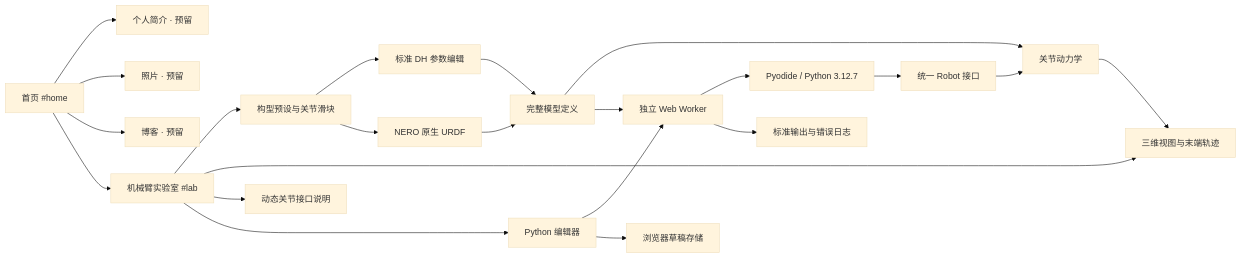
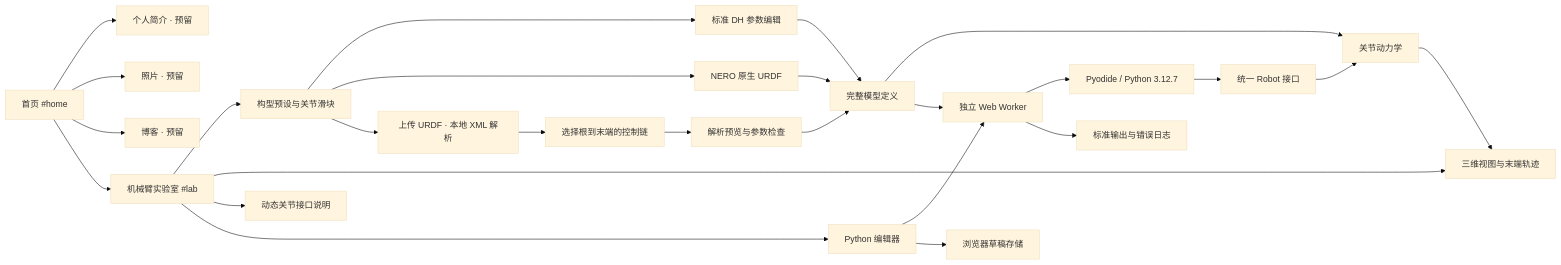
One commit to wxyanxw/yann-site changed the diagram in ARCHITECTURE.md. Above: the diagram before and after it, drawn with Mermaid (base theme). The commit also changed other lines of this file and 17 other files, not shown here.

````diff
--- a/ARCHITECTURE.md
+++ b/ARCHITECTURE.md
@@ -7,24 +7,28 @@
 ```mermaid
 flowchart LR
     H[首页 #home] --> A[个人简介 · 预留]
     H --> P[照片 · 预留]
     H --> B[博客 · 预留]
     H --> L[机械臂实验室 #lab]
     L --> C[构型预设与关节滑块]
     C --> G[标准 DH 参数编辑]
     C --> U[NERO 原生 URDF]
+    C --> UP[上传 URDF · 本地 XML 解析]
+    UP --> CH[选择根到末端的控制链]
+    CH --> REVIEW[解析预览与参数检查]
+    REVIEW --> M
     G --> M[完整模型定义]
     U --> M
     M --> D
     M --> W
     L --> V[三维视图与末端轨迹]
     L --> I[动态关节接口说明]
     L --> E[Python 编辑器]
     E --> W[独立 Web Worker]
     W --> PY[Pyodide / Python 3.12.7]
     PY --> API[统一 Robot 接口]
     API --> D[关节动力学]
     D --> V
     W --> O[标准输出与错误日志]
     E --> S[浏览器草稿存储]
 ```
````
